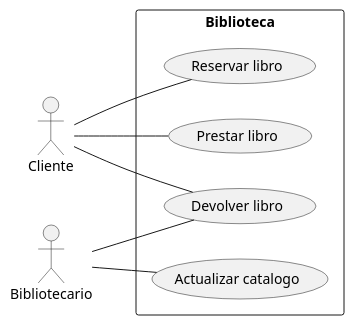
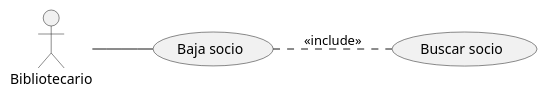
One commit to DanielMiralles12/ClasesDeUsoII changed the diagram in src/main/java/org/example/ClasesDeUso.puml. Above: the diagram before and after it, drawn with PlantUML. The commit also changed 1 other file, not shown here.

```diff
--- a/src/main/java/org/example/ClasesDeUso.puml
+++ b/src/main/java/org/example/ClasesDeUso.puml
@@ -1,20 +1,14 @@
 @startuml
 
 left to right direction
-:Cliente:
 :Bibliotecario:
-rectangle Biblioteca{
+usecase "Baja socio" as CU1
+:Bibliotecario: -- CU1
+usecase "Buscar socio" as CU2
 
-usecase "Reservar libro" as CU1
-usecase "Prestar libro" as CU2
-usecase "Devolver libro" as CU3
-usecase "Actualizar catalogo" as CU4
-}
-:Bibliotecario: -- CU3
-:Bibliotecario: -- CU4
+CU1 ..  CU2 :<<include>>
 
-:Cliente: -- CU1
-:Cliente: -- CU2
-:Cliente: -- CU3
+
+
 
 @enduml
```
